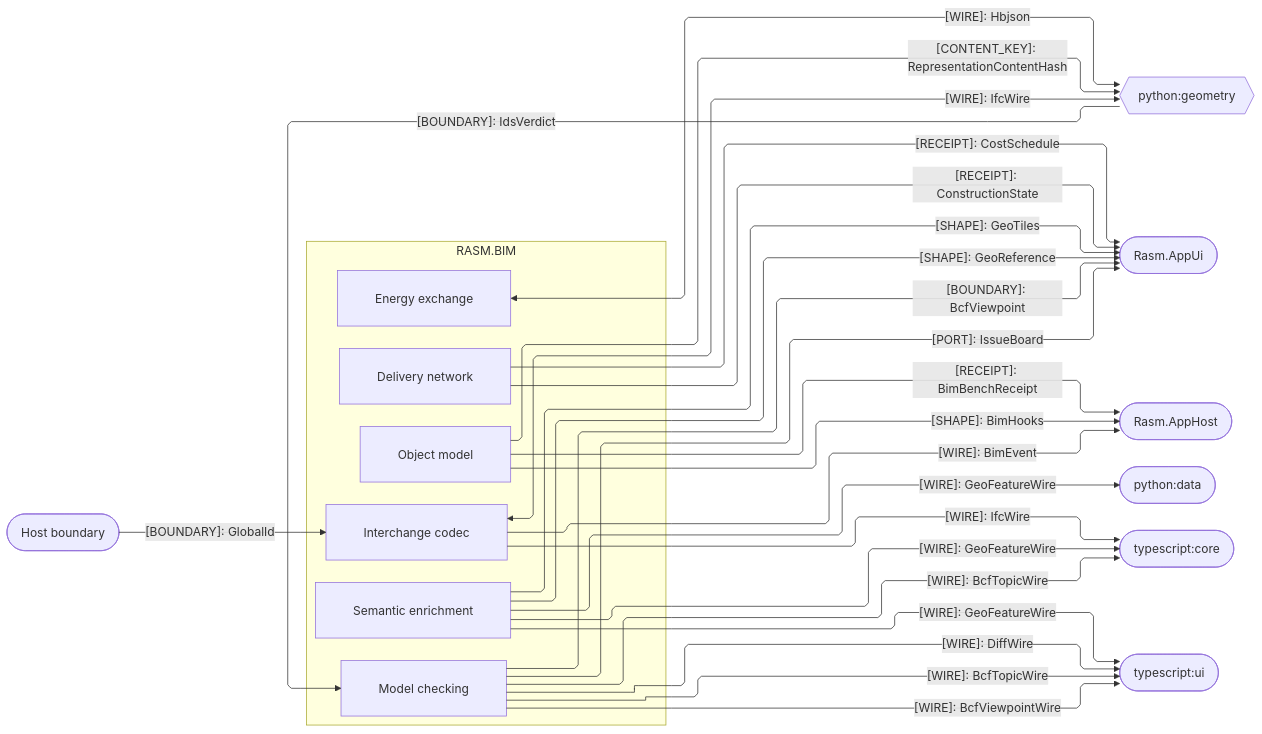
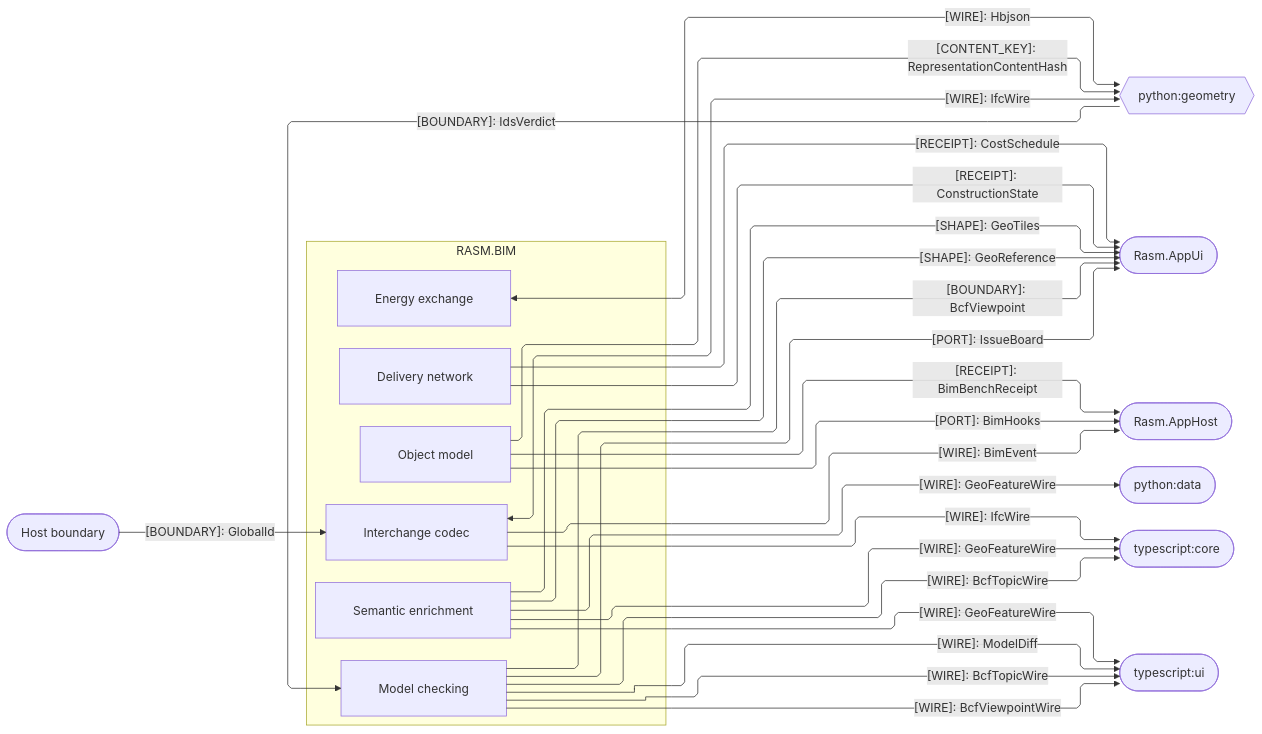
Before and after one commit to bsamiee/Rasm: the third of 3 diagrams in libs/csharp/Rasm.Bim/ARCHITECTURE.md, drawn with Mermaid. The commit also changed other lines of this file and 189 other files, not shown here.

````diff
--- a/libs/csharp/Rasm.Bim/ARCHITECTURE.md
+++ b/libs/csharp/Rasm.Bim/ARCHITECTURE.md
@@ -166,49 +166,49 @@
 ```mermaid
 ---
 config:
   layout: elk
   flowchart:
     curve: linear
     padding: 25
 ---
 flowchart LR
     accTitle: Bim cross-runtime, presentation, and host seams
-    accDescr: Bim owners exchanging wires, shapes, receipts, and boundaries with the cross-runtime peers, the app platform, and the host boundary.
+    accDescr: Bim owners exchanging wires, shapes, ports, receipts, content keys, and boundaries with the cross-runtime peers, the app platform, and the host boundary.
     subgraph bim[RASM.BIM]
         Model[Object model]
         Semantics[Semantic enrichment]
         Exchange[Interchange codec]
         Review[Model checking]
         Energy[Energy exchange]
         Planning[Delivery network]
     end
     Geometry{{python:geometry}}
     AppUi([Rasm.AppUi])
     AppHost([Rasm.AppHost])
     Host([Host boundary])
     Data([python:data])
     Core([typescript:core])
     Ui([typescript:ui])
     Exchange <-->|"[WIRE]: IfcWire"| Geometry
     Model -->|"[CONTENT_KEY]: RepresentationContentHash"| Geometry
     Geometry -->|"[BOUNDARY]: IdsVerdict"| Review
     Energy <-->|"[WIRE]: Hbjson"| Geometry
     Semantics -->|"[SHAPE]: GeoTiles"| AppUi
     Semantics -->|"[SHAPE]: GeoReference"| AppUi
     Planning -->|"[RECEIPT]: CostSchedule"| AppUi
     Planning -->|"[RECEIPT]: ConstructionState"| AppUi
     Review -->|"[PORT]: IssueBoard"| AppUi
     Review -->|"[BOUNDARY]: BcfViewpoint"| AppUi
-    Model -->|"[SHAPE]: BimHooks"| AppHost
+    Model -->|"[PORT]: BimHooks"| AppHost
     Model -->|"[RECEIPT]: BimBenchReceipt"| AppHost
     Exchange -->|"[WIRE]: BimEvent"| AppHost
     Host -->|"[BOUNDARY]: GlobalId"| Exchange
     Semantics -->|"[WIRE]: GeoFeatureWire"| Data
     Exchange -->|"[WIRE]: IfcWire"| Core
     Review -->|"[WIRE]: BcfTopicWire"| Core
     Semantics -->|"[WIRE]: GeoFeatureWire"| Core
     Review -->|"[WIRE]: BcfTopicWire"| Ui
     Review -->|"[WIRE]: BcfViewpointWire"| Ui
     Semantics -->|"[WIRE]: GeoFeatureWire"| Ui
-    Review -->|"[WIRE]: DiffWire"| Ui
+    Review -->|"[WIRE]: ModelDiff"| Ui
 ```
````
